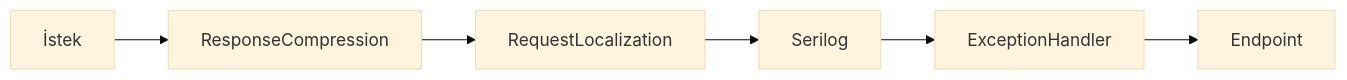
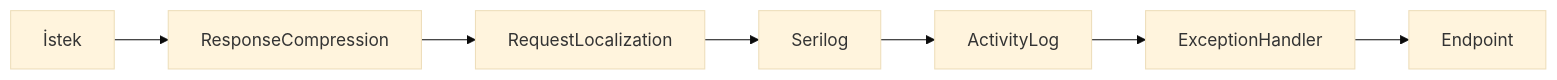
The fifth of 6 diagrams in docs/architecture.md (cemililik/Saydin.Services), drawn with Mermaid (base theme) before and after one commit. The commit also changed other lines of this file and 6 other files, not shown here.

First line of the commit message:
fix(error-contract): code-review bulguları — ActivityLog yanlış-status (gerçek bug), DeviceId traceId + test sertleştirme

````diff
--- a/docs/architecture.md
+++ b/docs/architecture.md
@@ -124,4 +124,4 @@
 ```mermaid
 flowchart LR
-    I["İstek"] --> RC["ResponseCompression"] --> RL["RequestLocalization"] --> SL["Serilog"] --> EH["ExceptionHandler"] --> EP["Endpoint"]
+    I["İstek"] --> RC["ResponseCompression"] --> RL["RequestLocalization"] --> SL["Serilog"] --> AL["ActivityLog"] --> EH["ExceptionHandler"] --> EP["Endpoint"]
 ```
````
